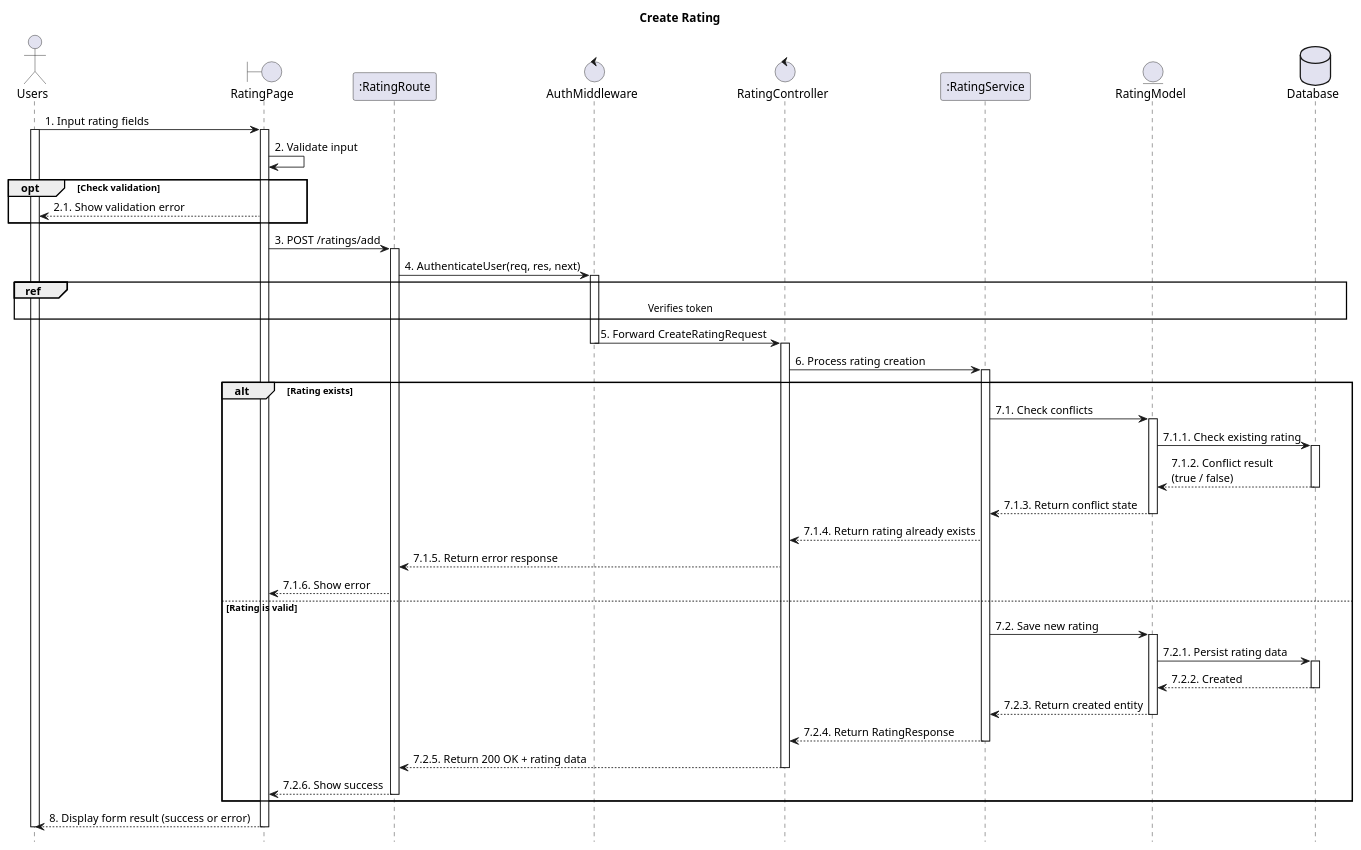
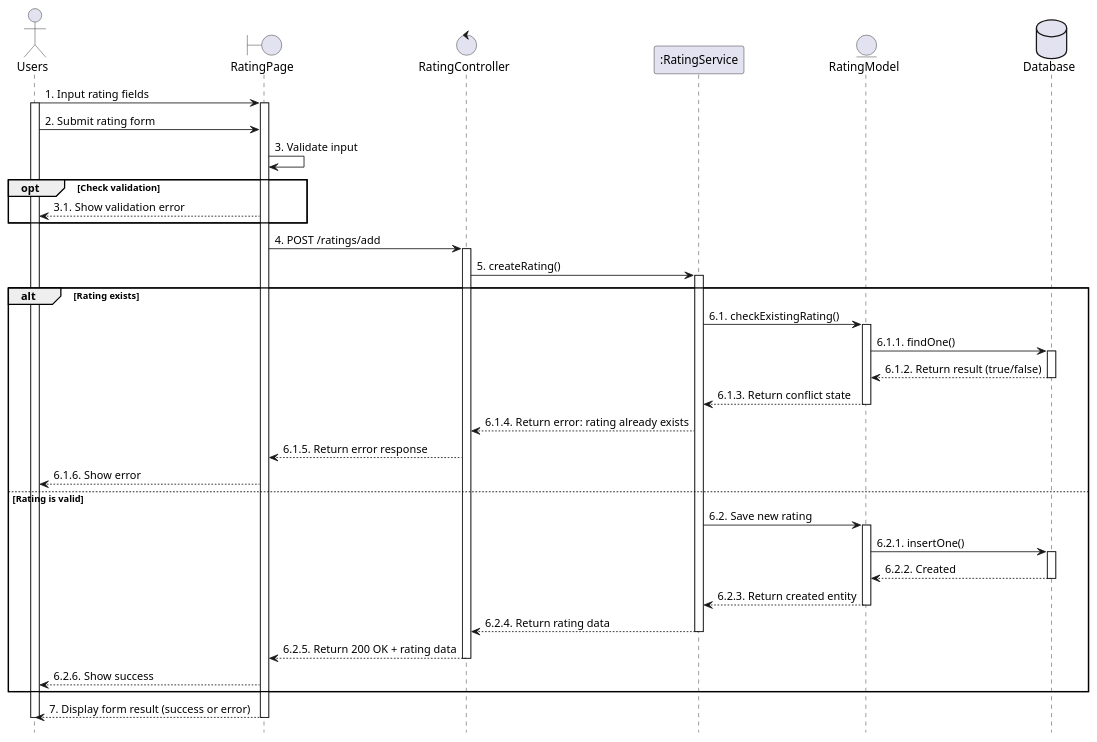
One commit to VietDurian/VietDurian changed the diagram in planuml/web/17.1_createRating.puml. Above: the diagram before and after it, drawn with PlantUML. The commit also changed 39 other files, not shown here.

Commit message:
ViVLT: Add sequence diagram

```diff
--- a/planuml/web/17.1_createRating.puml
+++ b/planuml/web/17.1_createRating.puml
@@ -1,75 +1,65 @@
 @startuml 17.1_createRating
 hide footbox
-title Create Rating
 
 actor User as "Users"
 boundary RatingPage as View
-participant ":RatingRoute" as Route
-control "AuthMiddleware" as Middleware
 control "RatingController" as Controller
 participant ":RatingService" as Service
 entity "RatingModel" as Model
 database Database as Database
 
 
 User -> View : 1. Input rating fields
 activate View
 activate User
-View -> View : 2. Validate input
+User -> View : 2. Submit rating form
+View -> View : 3. Validate input
 
 opt Check validation
-    View --> User : 2.1. Show validation error
+    View --> User : 3.1. Show validation error
 end
 
-    View -> Route : 3. POST /ratings/add
-    activate Route
-
-    Route -> Middleware : 4. AuthenticateUser(req, res, next)
-    activate Middleware
-    ref over User, Database : Verifies token
-    Middleware -> Controller : 5. Forward CreateRatingRequest
-    deactivate Middleware
+    View -> Controller : 4. POST /ratings/add
     activate Controller
 
-    Controller -> Service : 6. Process rating creation
+    Controller -> Service : 5. createRating()
     activate Service
 
 alt Rating exists
-    Service -> Model : 7.1. Check conflicts
+    Service -> Model : 6.1. checkExistingRating()
     activate Model
 
-    Model -> Database : 7.1.1. Check existing rating
+    Model -> Database : 6.1.1. findOne()
     activate Database
-    Database --> Model : 7.1.2. Conflict result\n(true / false)
+    Database --> Model : 6.1.2. Return result (true/false)
     deactivate Database
 
-    Model --> Service : 7.1.3. Return conflict state
+    Model --> Service : 6.1.3. Return conflict state
     deactivate Model
 
-        Service --> Controller : 7.1.4. Return rating already exists
-        Controller --> Route : 7.1.5. Return error response
-        Route --> View : 7.1.6. Show error
+        Service --> Controller : 6.1.4. Return error: rating already exists
+        Controller --> View : 6.1.5. Return error response
+        View --> User : 6.1.6. Show error
 else Rating is valid
-        Service -> Model : 7.2. Save new rating
+        Service -> Model : 6.2. Save new rating
         activate Model
 
-        Model -> Database : 7.2.1. Persist rating data
+        Model -> Database : 6.2.1. insertOne()
         activate Database
-        Database --> Model : 7.2.2. Created
+        Database --> Model : 6.2.2. Created
         deactivate Database
 
-        Model --> Service : 7.2.3. Return created entity
+        Model --> Service : 6.2.3. Return created entity
         deactivate Model
 
-        Service --> Controller : 7.2.4. Return RatingResponse
+        Service --> Controller : 6.2.4. Return rating data
         deactivate Service
-        Controller --> Route : 7.2.5. Return 200 OK + rating data
+        Controller --> View : 6.2.5. Return 200 OK + rating data
         deactivate Controller
-        Route --> View : 7.2.6. Show success
-        deactivate Route
+        View --> User : 6.2.6. Show success
 end
 
-View --> User : 8. Display form result (success or error)
+View --> User : 7. Display form result (success or error)
 deactivate View
 deactivate User
 @enduml
```
